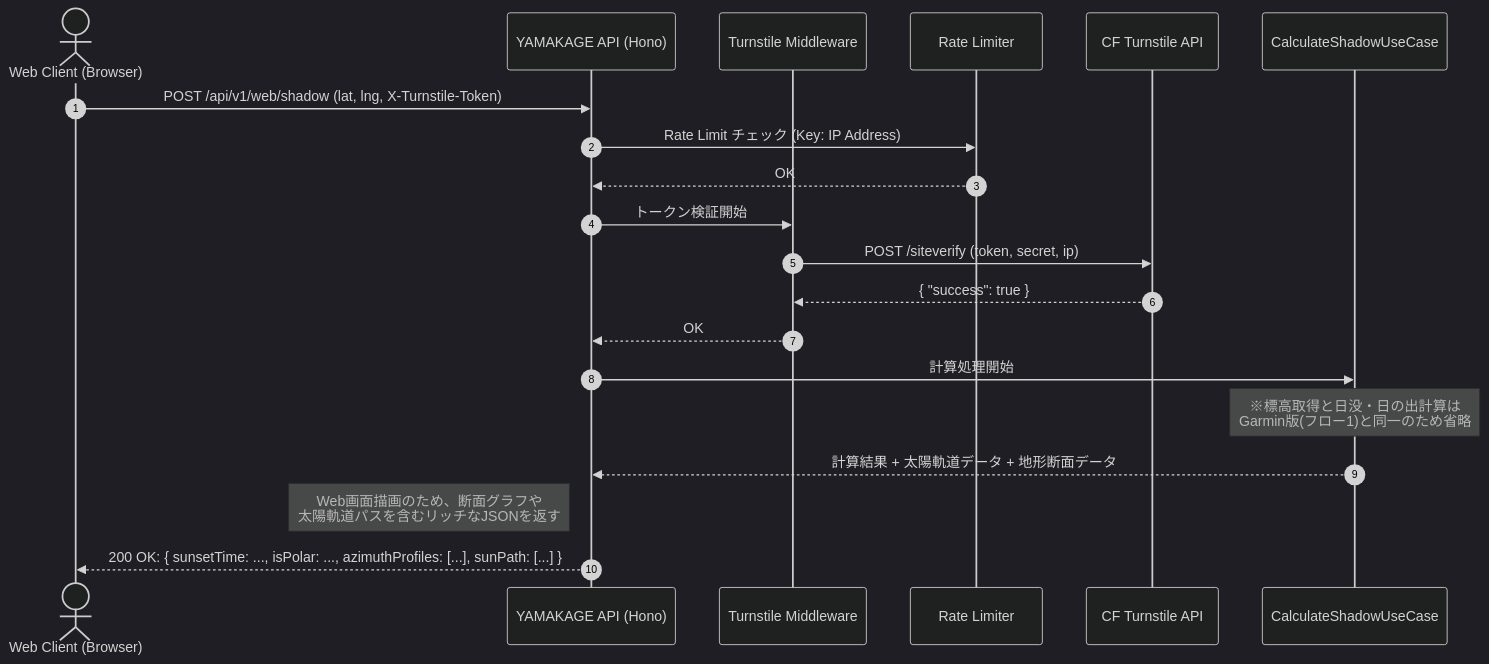
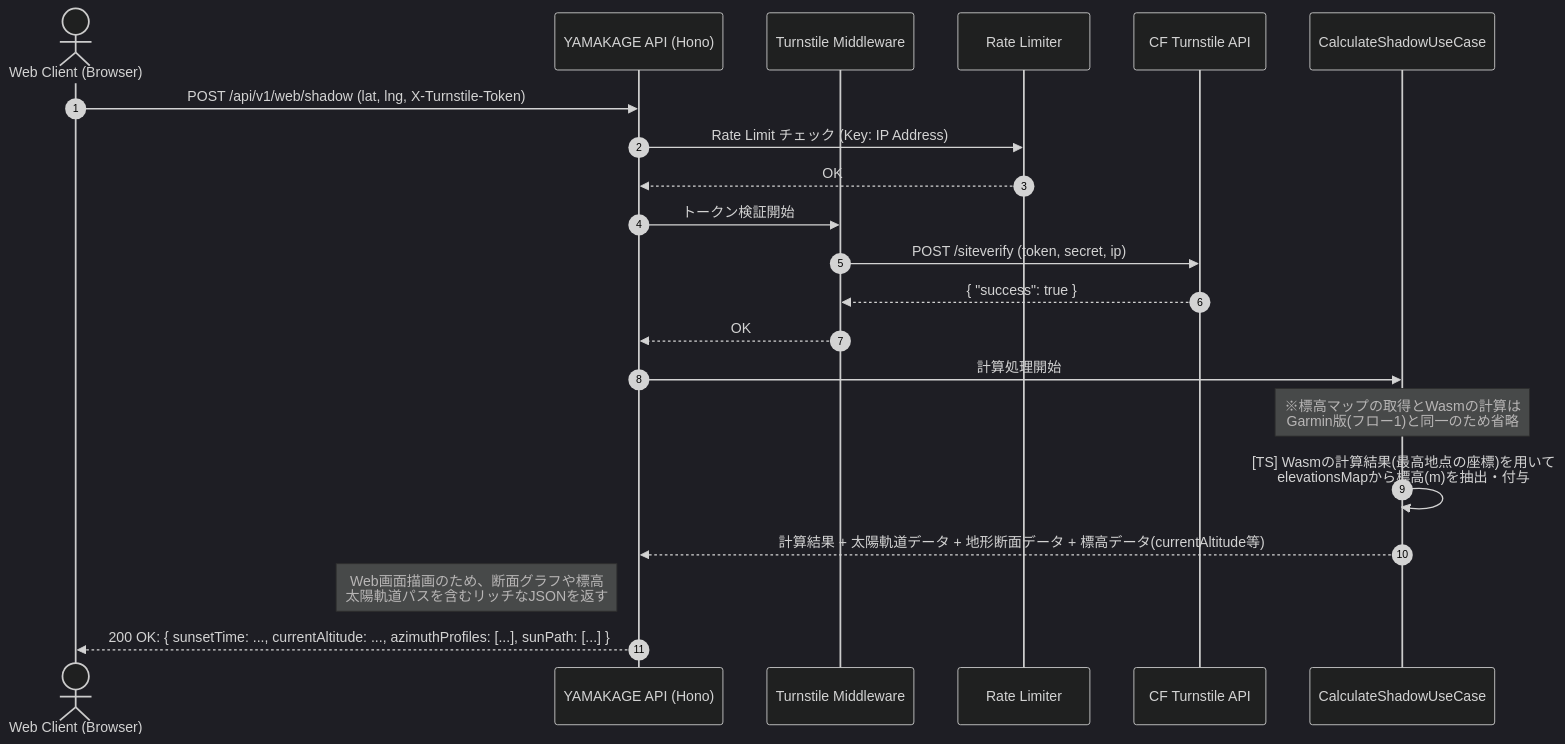
The second of 2 diagrams in docs/architecture/data-flow.jpn.md (tomopumipumi/yamakage), drawn with Mermaid (dark theme) before and after one commit. The commit also changed other lines of this file and 7 other files, not shown here.

````diff
--- a/docs/architecture/data-flow.jpn.md
+++ b/docs/architecture/data-flow.jpn.md
@@ -58,30 +59,33 @@
 ```mermaid
 sequenceDiagram
     autonumber
     
     actor Web as Web Client (Browser)
     participant API as YAMAKAGE API (Hono)
     participant TurnstileMiddleware as Turnstile Middleware
     participant RateLimiter as Rate Limiter
     participant Cloudflare as CF Turnstile API
     participant Usecase as CalculateShadowUseCase
 
     Web->>API: POST /api/v1/web/shadow (lat, lng, X-Turnstile-Token)
     
     API->>RateLimiter: Rate Limit チェック (Key: IP Address)
     RateLimiter-->>API: OK
     
     API->>TurnstileMiddleware: トークン検証開始
     TurnstileMiddleware->>Cloudflare: POST /siteverify (token, secret, ip)
     Cloudflare-->>TurnstileMiddleware: { "success": true }
     TurnstileMiddleware-->>API: OK
     
     API->>Usecase: 計算処理開始
     
-    note over Usecase: ※標高取得と日没・日の出計算は<br>Garmin版(フロー1)と同一のため省略
+    note over Usecase: ※標高マップの取得とWasmの計算は<br>Garmin版(フロー1)と同一のため省略
     
-    Usecase-->>API: 計算結果 + 太陽軌道データ + 地形断面データ
+    Usecase->>Usecase: [TS] Wasmの計算結果(最高地点の座標)を用いて<br>elevationsMapから標高(m)を抽出・付与
     
-    note left of API: Web画面描画のため、断面グラフや<br>太陽軌道パスを含むリッチなJSONを返す
-    API-->>Web: 200 OK: { sunsetTime: ..., isPolar: ..., azimuthProfiles: [...], sunPath: [...] }
+    Usecase-->>API: 計算結果 + 太陽軌道データ + 地形断面データ + 標高データ(currentAltitude等)
+    
+    note left of API: Web画面描画のため、断面グラフや標高<br>太陽軌道パスを含むリッチなJSONを返す
+    API-->>Web: 200 OK: { sunsetTime: ..., currentAltitude: ..., azimuthProfiles: [...], sunPath: [...] }
+
 ```
````
